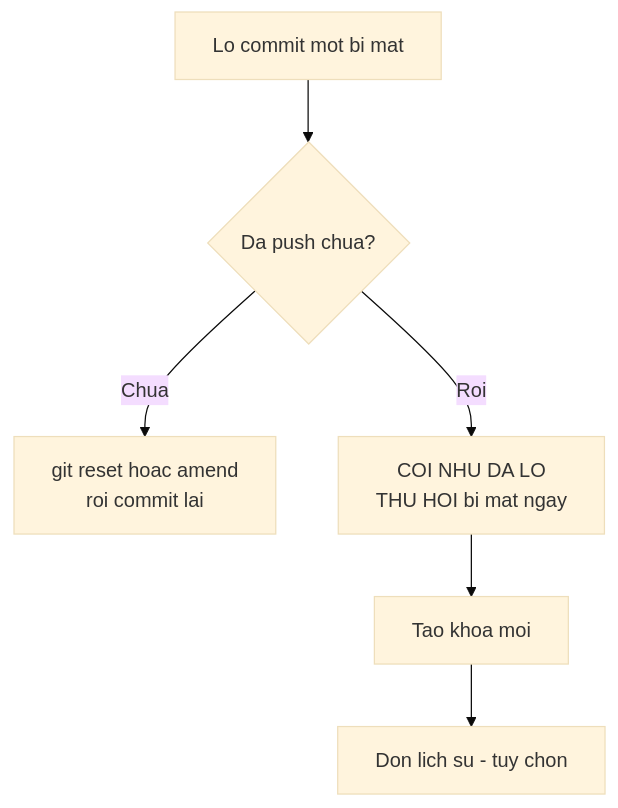
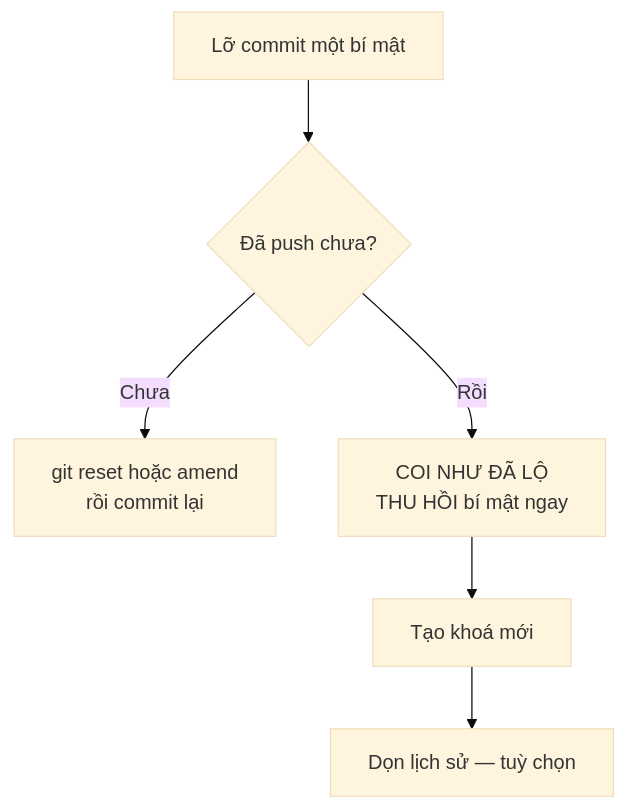
One commit to TienNHM/tiennhm.github.io changed the diagram in docs/09-dotnet-backend-zero-to-senior/stage-01-foundation/module-03-git-developer-workflow/3.2-git-install-config.mdx. Above: the diagram before and after it, drawn with Mermaid (base theme). The commit also changed other lines of this file and 17 other files, not shown here.

````diff
--- a/docs/09-dotnet-backend-zero-to-senior/stage-01-foundation/module-03-git-developer-workflow/3.2-git-install-config.mdx
+++ b/docs/09-dotnet-backend-zero-to-senior/stage-01-foundation/module-03-git-developer-workflow/3.2-git-install-config.mdx
@@ -143,8 +143,8 @@
 ```mermaid
 flowchart TD
-    A[Lo commit mot bi mat] --> B{Da push chua?}
-    B -->|Chua| C[git reset hoac amend<br/>roi commit lai]
-    B -->|Roi| D[COI NHU DA LO<br/>THU HOI bi mat ngay]
-    D --> E[Tao khoa moi]
-    E --> F[Don lich su - tuy chon]
+    A[Lỡ commit một bí mật] --> B{Đã push chưa?}
+    B -->|Chưa| C[git reset hoặc amend<br/>rồi commit lại]
+    B -->|Rồi| D[COI NHƯ ĐÃ LỘ<br/>THU HỒI bí mật ngay]
+    D --> E[Tạo khoá mới]
+    E --> F[Dọn lịch sử — tuỳ chọn]
 ```
````
